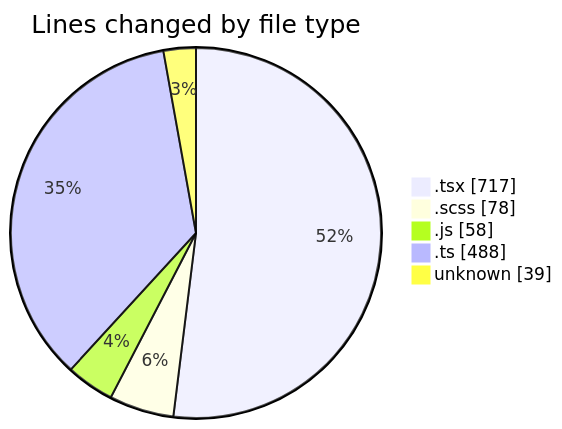
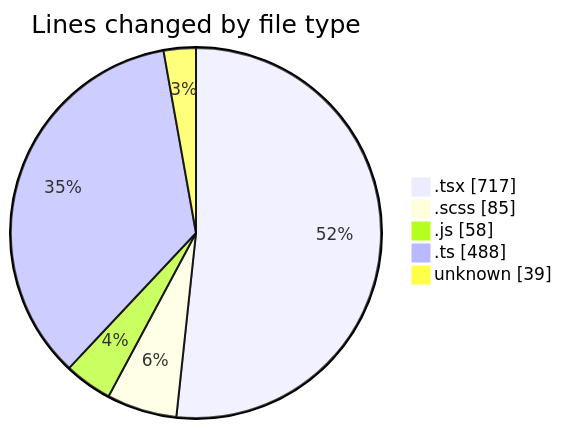
One commit to momahboobian/code-tracking changed the first of 2 diagrams in 2025-05-02/cda/README.md. Above: the diagram before and after it, drawn with Mermaid. The commit also changed other lines of this file and 1 other file, not shown here.

````diff
--- a/2025-05-02/cda/README.md
+++ b/2025-05-02/cda/README.md
@@ -28,9 +28,9 @@
 ```mermaid
 pie showData
 title Lines changed by file type
 ".tsx" : 717
-".scss" : 78
+".scss" : 85
 ".js" : 58
 ".ts" : 488
 "unknown" : 39
 ```
````
